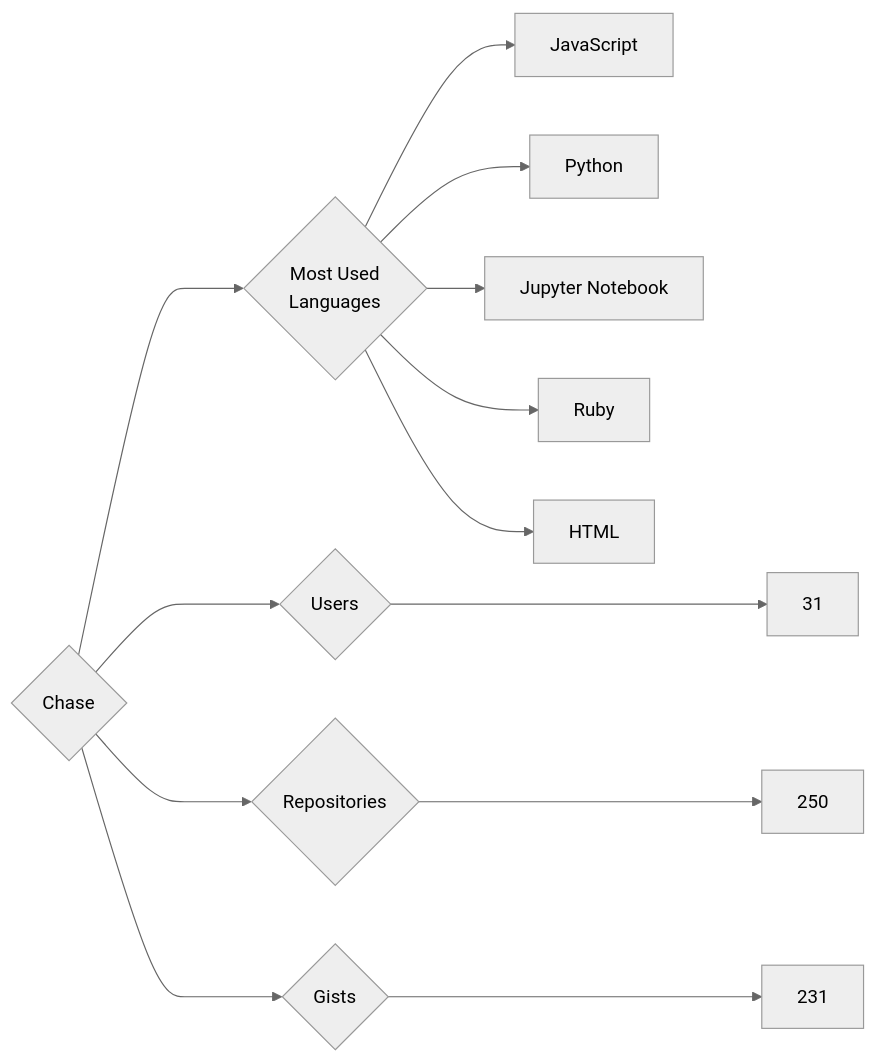
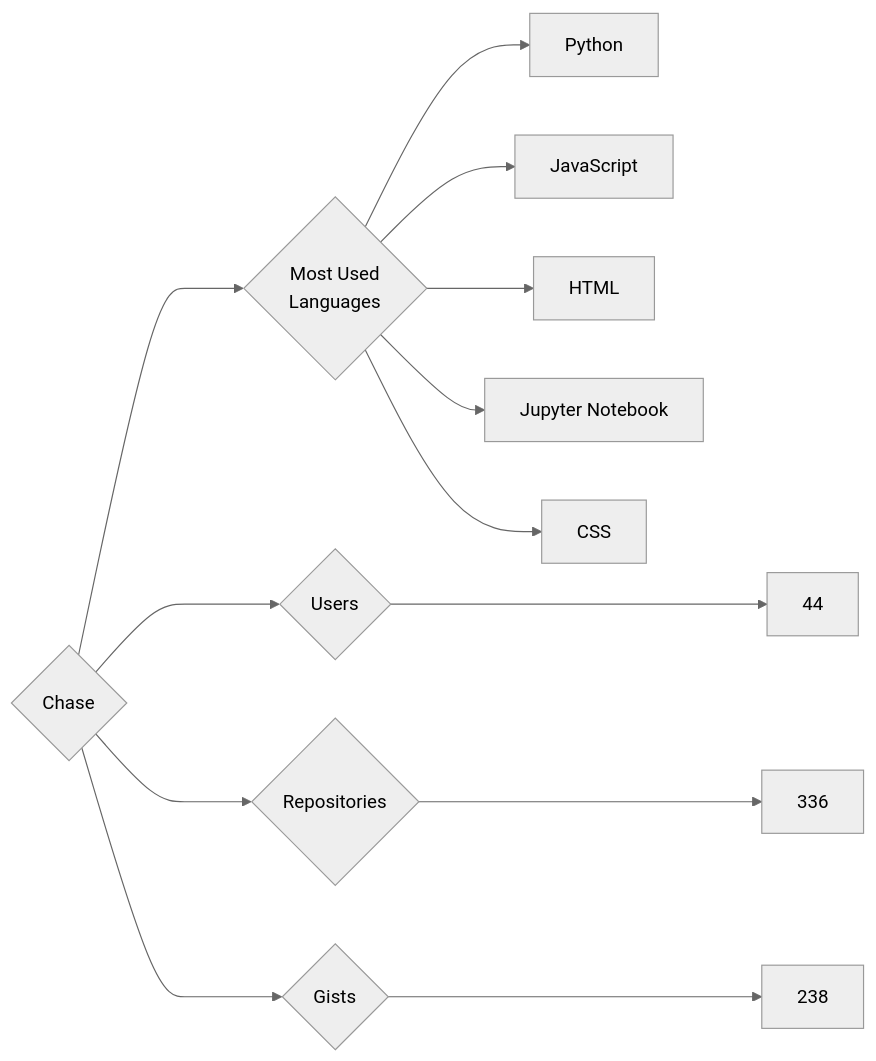
Before and after one commit to trickest/insiders: the diagram in targets/Chase/README.md, drawn with Mermaid (neutral theme). The commit also changed 888 other files, not shown here.

````diff
--- a/targets/Chase/README.md
+++ b/targets/Chase/README.md
@@ -3,13 +3,13 @@
 ```mermaid
 graph LR
 COMPANY_NAME{Chase}
-COMPANY_NAME ---> U{Users} ---> UN[31]
-COMPANY_NAME ---> R{Repositories} ---> RN[250]
-COMPANY_NAME ---> G{Gists} ---> GN[231]
+COMPANY_NAME ---> U{Users} ---> UN[44]
+COMPANY_NAME ---> R{Repositories} ---> RN[336]
+COMPANY_NAME ---> G{Gists} ---> GN[238]
 COMPANY_NAME ---> ML{Most Used<br>Languages}
+ML --> Python[Python]
 ML --> JavaScript[JavaScript]
-ML --> Python[Python]
+ML --> HTML[HTML]
 ML --> Jupyter_Notebook[Jupyter Notebook]
-ML --> Ruby[Ruby]
-ML --> HTML[HTML]
+ML --> CSS[CSS]
 ```
````
